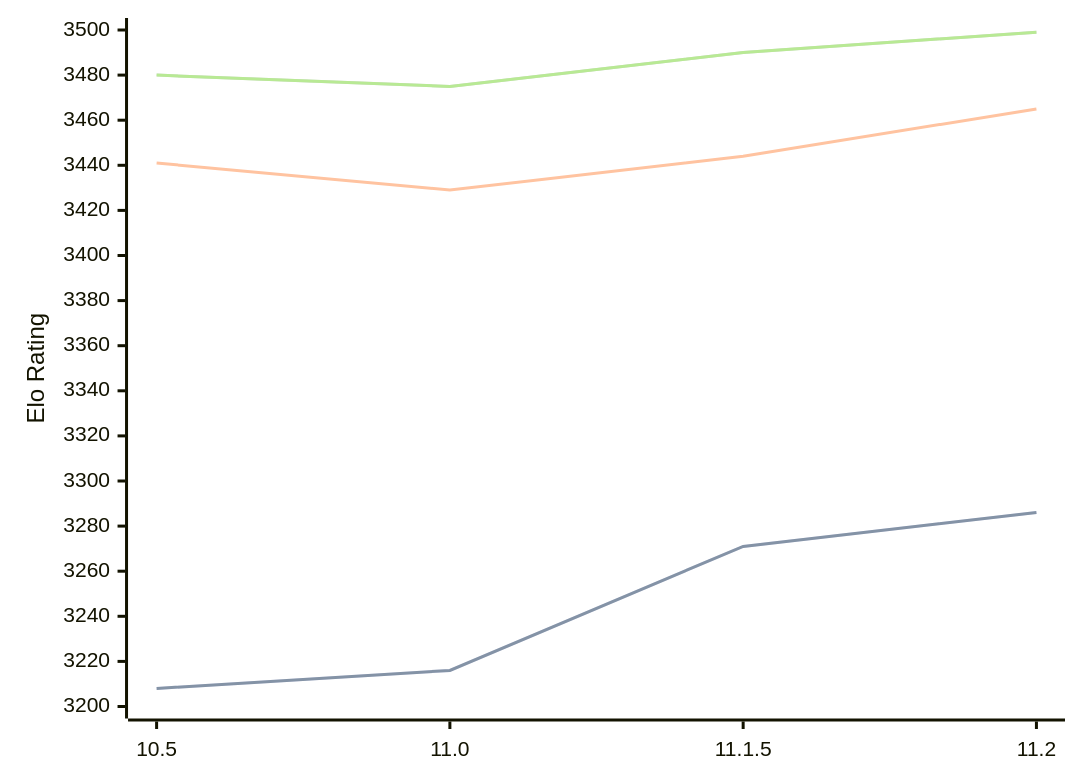
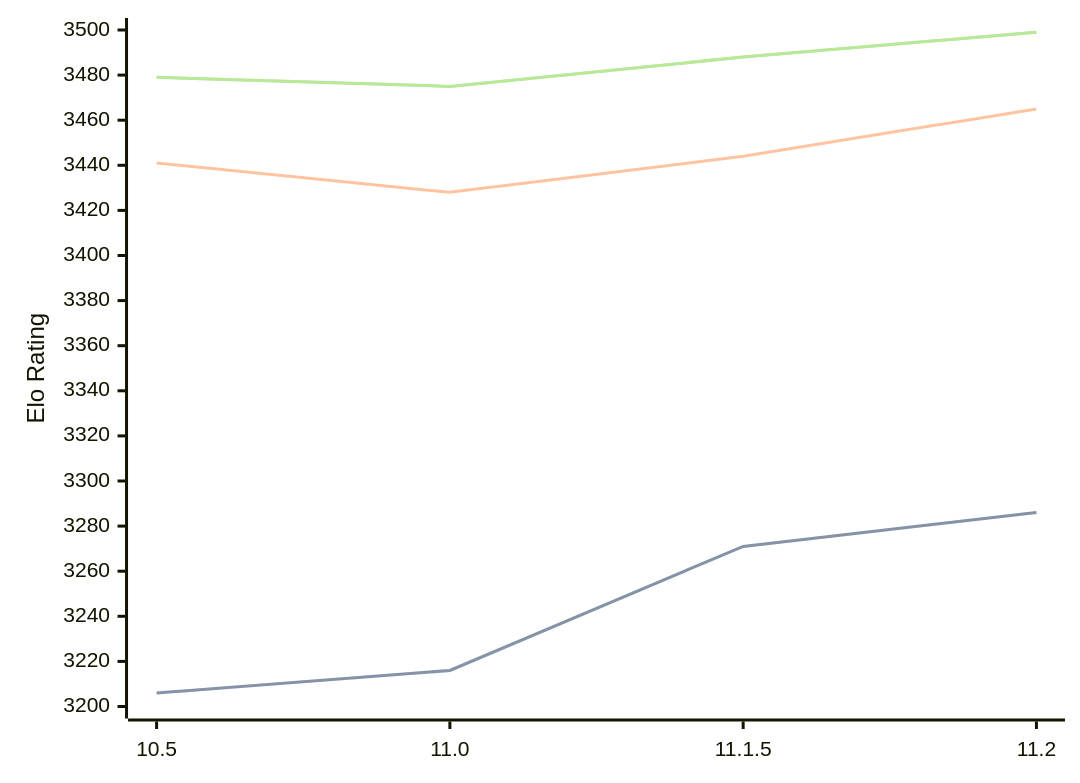
One commit to computer-chess-index/cci changed the diagram in engines/Lizard.md. Above: the diagram before and after it, drawn with Mermaid. The commit also changed other lines of this file, not shown here.

Commit message:
Update CCI Ratings (ELO VLTC) - 2026-06-12

````diff
--- a/engines/Lizard.md
+++ b/engines/Lizard.md
@@ -46,11 +46,11 @@
 ```mermaid
 %%{init: {"theme":"base","themeVariables":{"seriesColors:['#a3a3a3','#222221','#faa371']}}}%%
 xychart-beta
   x-axis ["10.5", "11.0", "11.1.5", "11.2"]
   y-axis "Elo Rating" 3200 --> 3500
-  line "STC (8.0+0.08s)" [3208, 3216, 3271, 3286]
-  line "STC (8.0+0.08s)" [3208, 3216, 3271, 3286]
-  line "LTC (60.0+0.60s)" [3441, 3429, 3444, 3465]
-  line "VLTC (2m24s+1.12s)" [3480, 3475, 3490, 3499]
-  line "VLTC (2m24s+1.12s)" [3480, 3475, 3490, 3499]
+  line "STC (8.0+0.08s)" [3206, 3216, 3271, 3286]
+  line "STC (8.0+0.08s)" [3206, 3216, 3271, 3286]
+  line "LTC (60.0+0.60s)" [3441, 3428, 3444, 3465]
+  line "VLTC (2m24s+1.12s)" [3479, 3475, 3488, 3499]
+  line "VLTC (2m24s+1.12s)" [3479, 3475, 3488, 3499]
 ```
````
